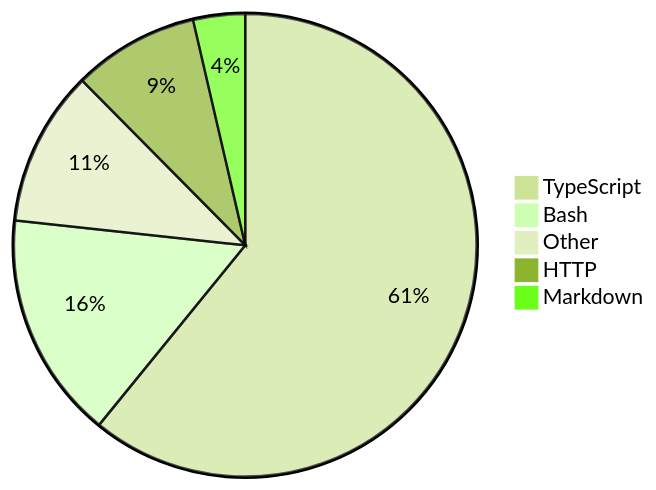
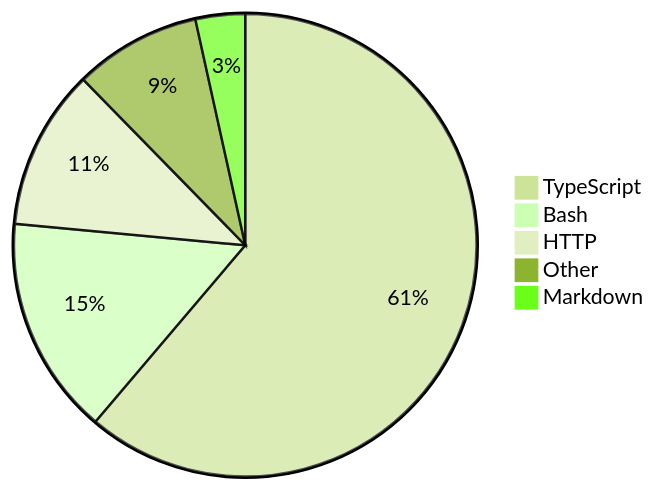
Before and after one commit to skvggor/skvggor: the diagram in README.md, drawn with Mermaid (forest theme).

Commit message:
Updated waka-readme graph with new metrics

````diff
--- a/README.md
+++ b/README.md
@@ -16,8 +16,8 @@
 ```mermaid
 pie
-    "TypeScript" : 58.8
-    "Bash" : 15.3
-    "Other" : 10.5
-    "HTTP" : 8.5
-    "Markdown" : 3.5
+    "TypeScript" : 60.1
+    "Bash" : 15.0
+    "HTTP" : 11.0
+    "Other" : 8.7
+    "Markdown" : 3.4
 ```
````
